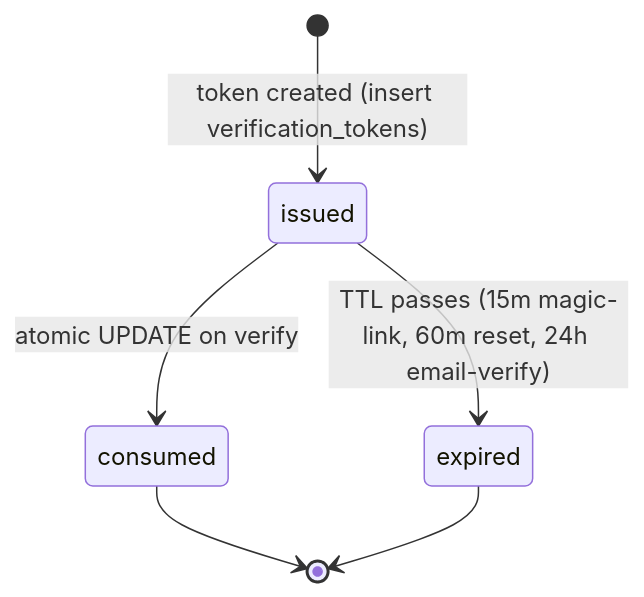
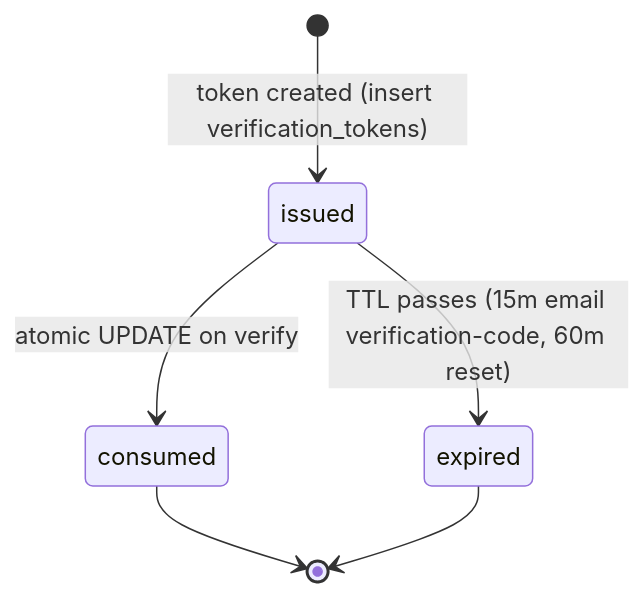
Before and after one commit to nikunjmavani/core-be: the diagram in src/domains/auth/sub-domains/auth-method/auth-method.overview.md, drawn with Mermaid. The commit also changed other lines of this file and 133 other files, not shown here.

First line of the commit message:
feat(auth): replace magic-link with email verification-code login (#814)

````diff
--- a/src/domains/auth/sub-domains/auth-method/auth-method.overview.md
+++ b/src/domains/auth/sub-domains/auth-method/auth-method.overview.md
@@ -23,8 +23,8 @@
 ```mermaid
 stateDiagram-v2
   [*] --> issued: token created (insert verification_tokens)
   issued --> consumed: atomic UPDATE on verify
-  issued --> expired: TTL passes (15m magic-link, 60m reset, 24h email-verify)
+  issued --> expired: TTL passes (15m email verification-code, 60m reset)
   consumed --> [*]
   expired --> [*]
 ```
````
